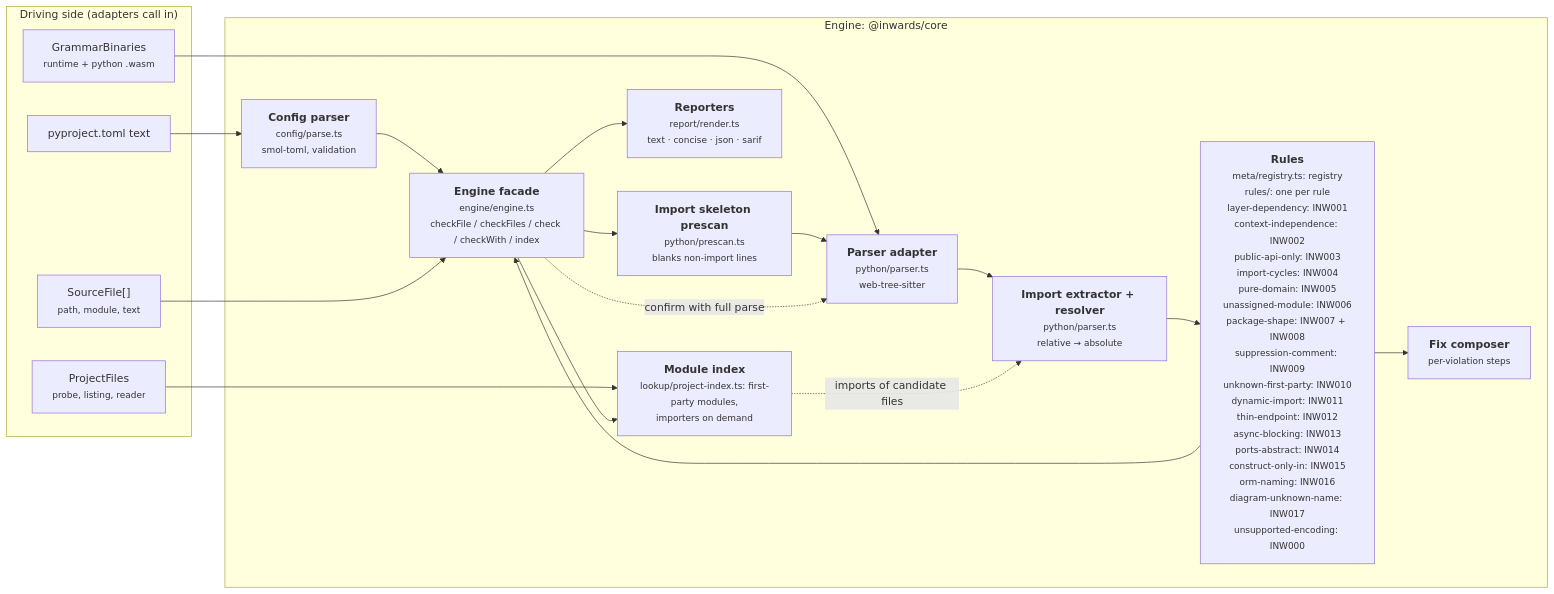
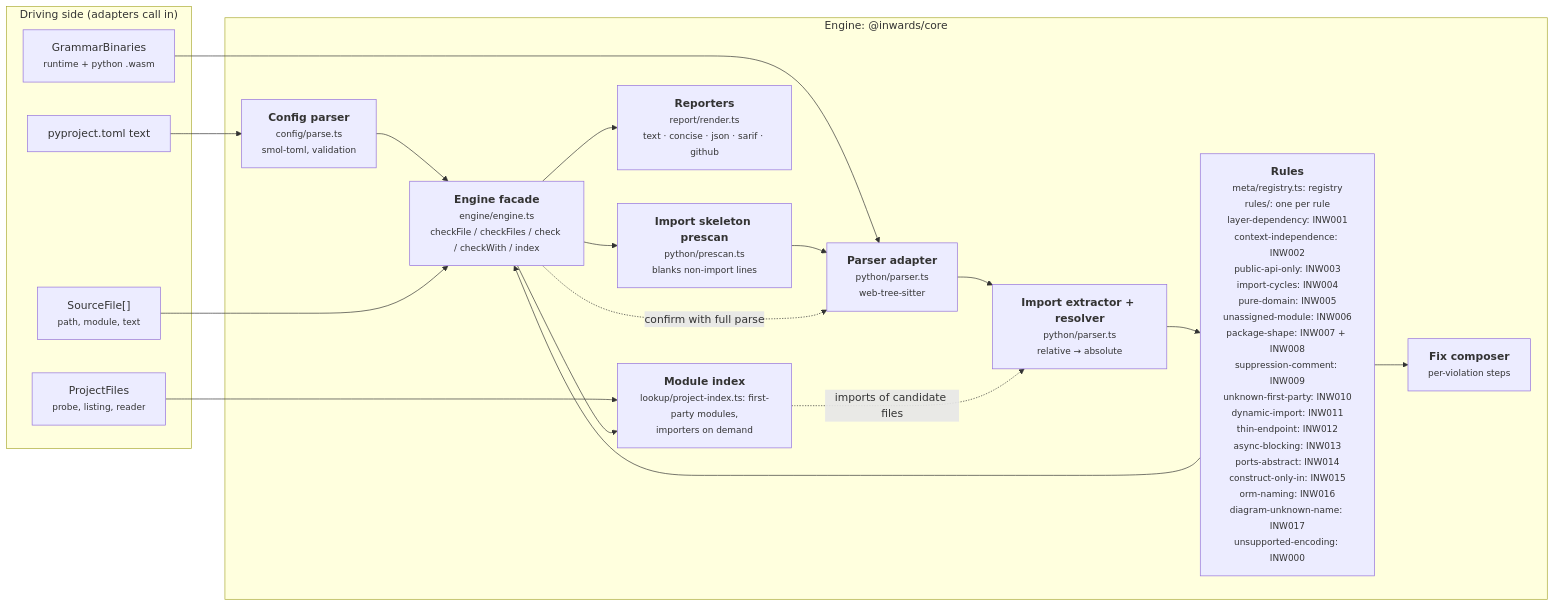
The third of 6 diagrams in docs/chapters/03-Architecture-C4.md (SirCypkowskyy/inwards), drawn with Mermaid before and after one commit. The commit also changed other lines of this file and 19 other files, not shown here.

````diff
--- a/docs/chapters/03-Architecture-C4.md
+++ b/docs/chapters/03-Architecture-C4.md
@@ -105,33 +105,33 @@
 ```mermaid
 flowchart LR
     subgraph driving["Driving side (adapters call in)"]
         files["SourceFile[]<br/><small>path, module, text</small>"]
         pfiles["ProjectFiles<br/><small>probe, listing, reader</small>"]
         cfgtext["pyproject.toml text"]
         wasm["GrammarBinaries<br/><small>runtime + python .wasm</small>"]
     end
 
     subgraph enginebox["Engine: @inwards/core"]
         config["<b>Config parser</b><br/><small>config/parse.ts<br/>smol-toml, validation</small>"]
         pre["<b>Import skeleton prescan</b><br/><small>python/prescan.ts<br/>blanks non-import lines</small>"]
         parser["<b>Parser adapter</b><br/><small>python/parser.ts<br/>web-tree-sitter</small>"]
         extract["<b>Import extractor + resolver</b><br/><small>python/parser.ts<br/>relative → absolute</small>"]
         rules["<b>Rules</b><br/><small>meta/registry.ts: registry<br/>rules/: one per rule<br/>layer-dependency: INW001<br/>context-independence: INW002<br/>public-api-only: INW003<br/>import-cycles: INW004<br/>pure-domain: INW005<br/>unassigned-module: INW006<br/>package-shape: INW007 + INW008<br/>suppression-comment: INW009<br/>unknown-first-party: INW010<br/>dynamic-import: INW011<br/>thin-endpoint: INW012<br/>async-blocking: INW013<br/>ports-abstract: INW014<br/>construct-only-in: INW015<br/>orm-naming: INW016<br/>diagram-unknown-name: INW017<br/>unsupported-encoding: INW000</small>"]
         fix["<b>Fix composer</b><br/><small>per-violation steps</small>"]
-        report["<b>Reporters</b><br/><small>report/render.ts<br/>text · concise · json · sarif</small>"]
+        report["<b>Reporters</b><br/><small>report/render.ts<br/>text · concise · json · sarif · github</small>"]
         engine["<b>Engine facade</b><br/><small>engine/engine.ts<br/>checkFile / checkFiles / check / checkWith / index</small>"]
         modgraph["<b>Module index</b><br/><small>lookup/project-index.ts: first-party modules,<br/>importers on demand</small>"]
     end
 
     cfgtext --> config --> engine
     wasm --> parser
     files --> engine
     engine --> pre --> parser --> extract --> rules
     rules --> fix
     rules --> engine
     engine -. "confirm with full parse" .-> parser
     pfiles --> modgraph
     engine --> modgraph
     modgraph -. "imports of candidate files" .-> extract
     engine --> report
 ```
````
